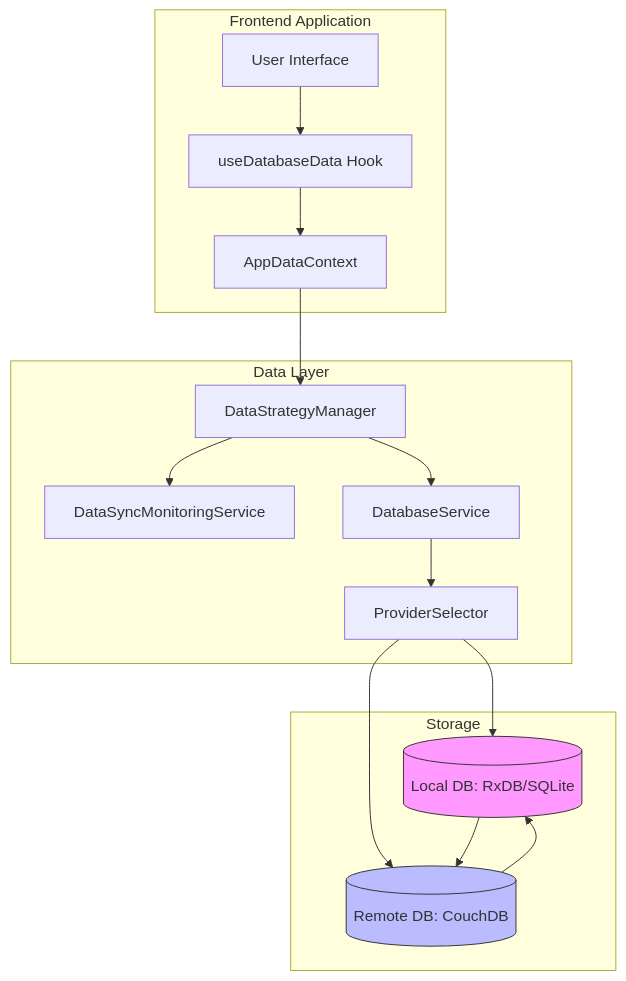
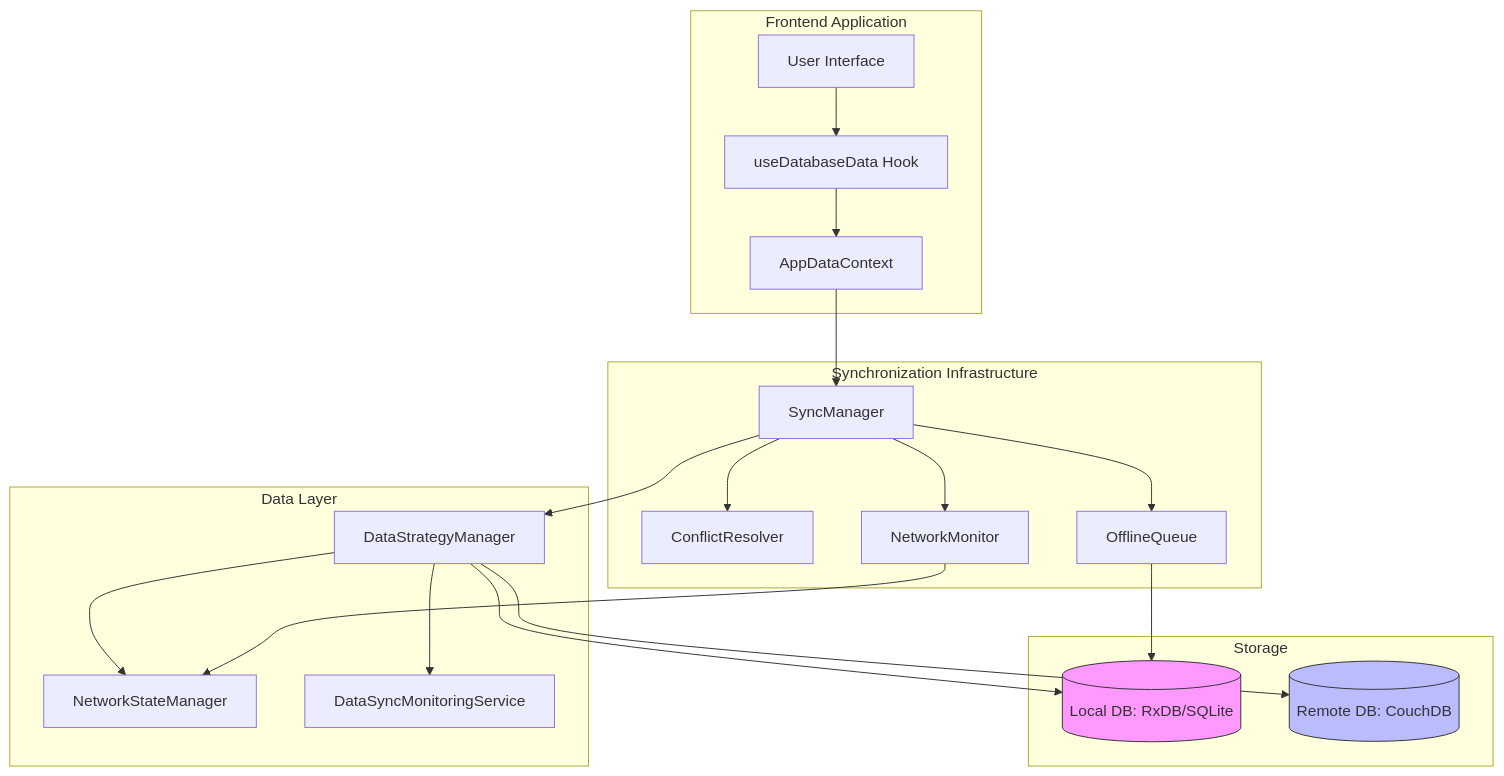
The first of 20 diagrams in .qoder/repowiki/en/content/Architecture Overview/Data Management Architecture/Data Synchronization Workflow/Data Synchronization Workflow.md (geniusdynamics/schoolpilot), drawn with Mermaid before and after one commit. The commit also changed other lines of this file and 8 other files, not shown here.

````diff
--- a/.qoder/repowiki/en/content/Architecture Overview/Data Management Architecture/Data Synchronization Workflow/Data Synchronization Workflow.md
+++ b/.qoder/repowiki/en/content/Architecture Overview/Data Management Architecture/Data Synchronization Workflow/Data Synchronization Workflow.md
@@ -37,30 +45,38 @@
 ```mermaid
 graph TB
 subgraph "Frontend Application"
 UI[User Interface]
 Hook[useDatabaseData Hook]
 Context[AppDataContext]
 end
+subgraph "Synchronization Infrastructure"
+SyncManager[SyncManager]
+ConflictResolver[ConflictResolver]
+NetworkMonitor[NetworkMonitor]
+OfflineQueue[OfflineQueue]
+end
 subgraph "Data Layer"
-Strategy[DataStrategyManager]
-Sync[DataSyncMonitoringService]
-Database[DatabaseService]
-ProviderSelector[ProviderSelector]
+DataStrategyManager[DataStrategyManager]
+NetworkStateManager[NetworkStateManager]
+DataSyncMonitoringService[DataSyncMonitoringService]
 end
 subgraph "Storage"
 Local[(Local DB: RxDB/SQLite)]
 Remote[(Remote DB: CouchDB)]
 end
 UI --> Hook
 Hook --> Context
-Context --> Strategy
-Strategy --> Database
-Database --> ProviderSelector
-ProviderSelector --> Local
-ProviderSelector --> Remote
-Strategy --> Sync
-Local --> Remote
-Remote --> Local
+Context --> SyncManager
+SyncManager --> ConflictResolver
+SyncManager --> NetworkMonitor
+SyncManager --> OfflineQueue
+SyncManager --> DataStrategyManager
+DataStrategyManager --> NetworkStateManager
+DataStrategyManager --> DataSyncMonitoringService
+DataStrategyManager --> Local
+DataStrategyManager --> Remote
+NetworkMonitor --> NetworkStateManager
+OfflineQueue --> Local
 style Local fill:#f9f,stroke:#333
 style Remote fill:#bbf,stroke:#333
 ```
````
